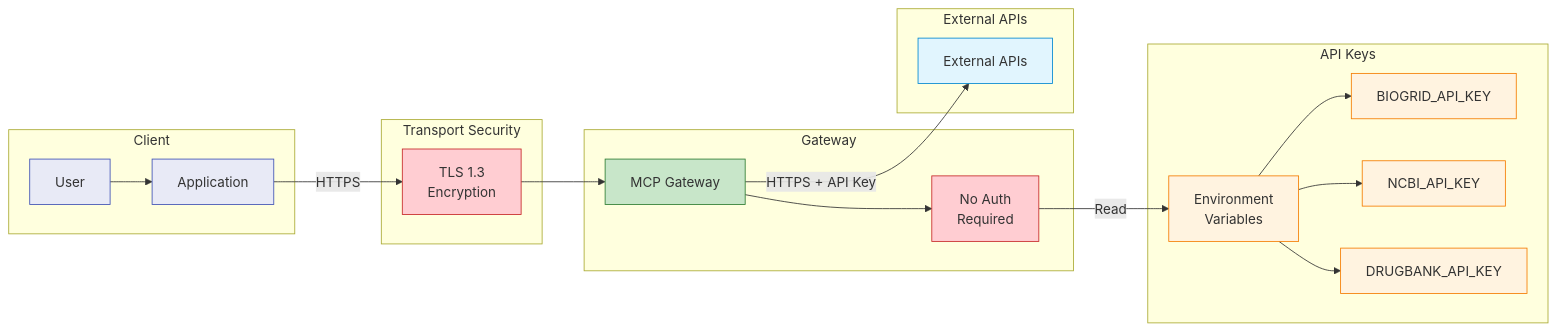
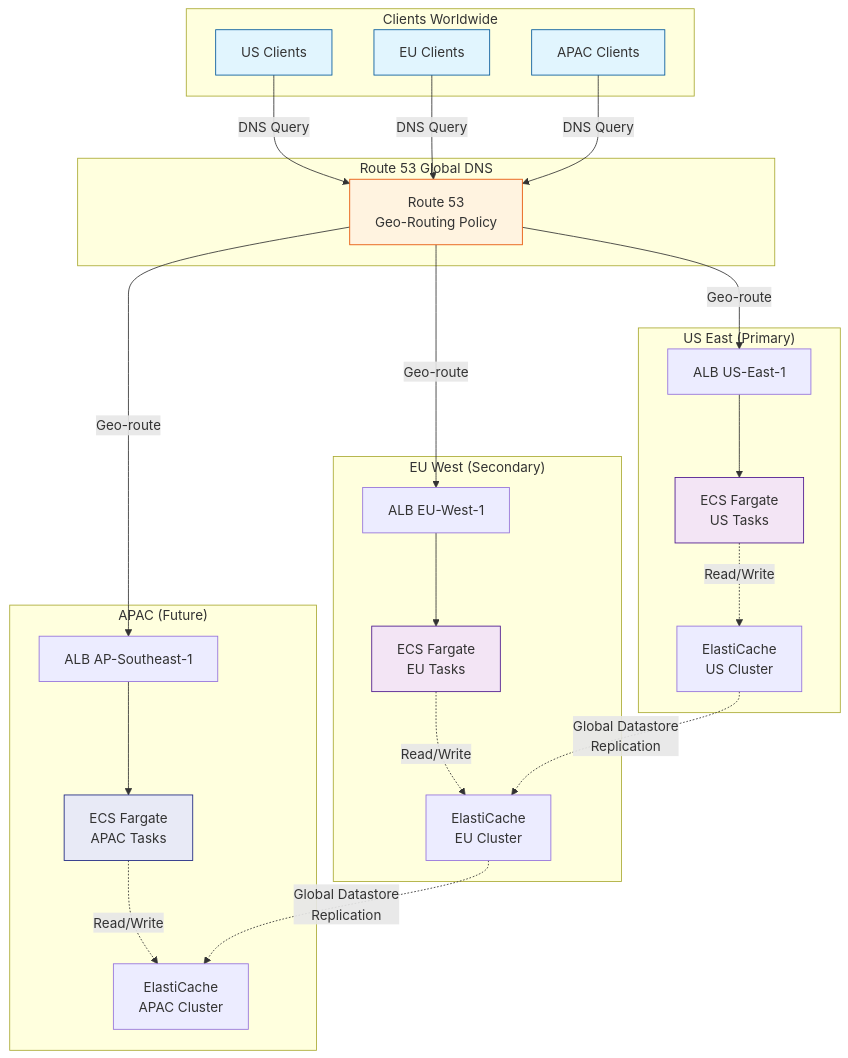
Before and after one commit to donbr/lifesciences-research: the seventh of 11 diagrams in architecture/diagrams/06_deployment_architecture.md, drawn with Mermaid. The commit also changed other lines of this file and 8 other files, not shown here.

````diff
--- a/architecture/diagrams/06_deployment_architecture.md
+++ b/architecture/diagrams/06_deployment_architecture.md
@@ -507,46 +609,57 @@
 ```mermaid
-graph LR
-    subgraph "Client"
-        USER[User]
-        APP[Application]
+graph TB
+    subgraph "Clients Worldwide"
+        ClientUS[US Clients]
+        ClientEU[EU Clients]
+        ClientAPAC[APAC Clients]
     end
 
-    subgraph "Transport Security"
-        TLS[TLS 1.3<br/>Encryption]
+    subgraph "Route 53 Global DNS"
+        Route53[Route 53<br/>Geo-Routing Policy]
     end
 
-    subgraph "Gateway"
-        GW[MCP Gateway]
-        AUTH[No Auth<br/>Required]
+    subgraph "US East (Primary)"
+        ALBUS[ALB US-East-1]
+        ECSUS[ECS Fargate<br/>US Tasks]
+        RedisUS[ElastiCache<br/>US Cluster]
     end
 
-    subgraph "API Keys"
-        ENV[Environment<br/>Variables]
-        K1[BIOGRID_API_KEY]
-        K2[NCBI_API_KEY]
-        K3[DRUGBANK_API_KEY]
+    subgraph "EU West (Secondary)"
+        ALBEU[ALB EU-West-1]
+        ECSEU[ECS Fargate<br/>EU Tasks]
+        RedisEU[ElastiCache<br/>EU Cluster]
     end
 
-    subgraph "External APIs"
-        API[External APIs]
+    subgraph "APAC (Future)"
+        ALBAPAC[ALB AP-Southeast-1]
+        ECSAPAC[ECS Fargate<br/>APAC Tasks]
+        RedisAPAC[ElastiCache<br/>APAC Cluster]
     end
 
-    USER --> APP
-    APP -->|HTTPS| TLS --> GW
-    GW --> AUTH
-    AUTH -->|Read| ENV
-    ENV --> K1 & K2 & K3
-    GW -->|HTTPS + API Key| API
+    ClientUS -->|DNS Query| Route53
+    ClientEU -->|DNS Query| Route53
+    ClientAPAC -->|DNS Query| Route53
 
-    classDef client fill:#e8eaf6,stroke:#3f51b5
-    classDef security fill:#ffcdd2,stroke:#c62828
-    classDef gateway fill:#c8e6c9,stroke:#2e7d32
-    classDef key fill:#fff3e0,stroke:#f57c00
-    classDef api fill:#e1f5fe,stroke:#0288d1
+    Route53 -->|Geo-route| ALBUS
+    Route53 -->|Geo-route| ALBEU
+    Route53 -->|Geo-route| ALBAPAC
 
-    class USER,APP client
-    class TLS,AUTH security
-    class GW gateway
-    class ENV,K1,K2,K3 key
-    class API api
+    ALBUS --> ECSUS
+    ALBEU --> ECSEU
+    ALBAPAC --> ECSAPAC
+
+    ECSUS -.->|Read/Write| RedisUS
+    ECSEU -.->|Read/Write| RedisEU
+    ECSAPAC -.->|Read/Write| RedisAPAC
+
+    RedisUS -.->|Global Datastore<br/>Replication| RedisEU
+    RedisEU -.->|Global Datastore<br/>Replication| RedisAPAC
+
+    style ClientUS fill:#e1f5fe,stroke:#01579b
+    style ClientEU fill:#e1f5fe,stroke:#01579b
+    style ClientAPAC fill:#e1f5fe,stroke:#01579b
+    style Route53 fill:#fff3e0,stroke:#e65100
+    style ECSUS fill:#f3e5f5,stroke:#4a148c
+    style ECSEU fill:#f3e5f5,stroke:#4a148c
+    style ECSAPAC fill:#e8eaf6,stroke:#1a237e
 ```
````
